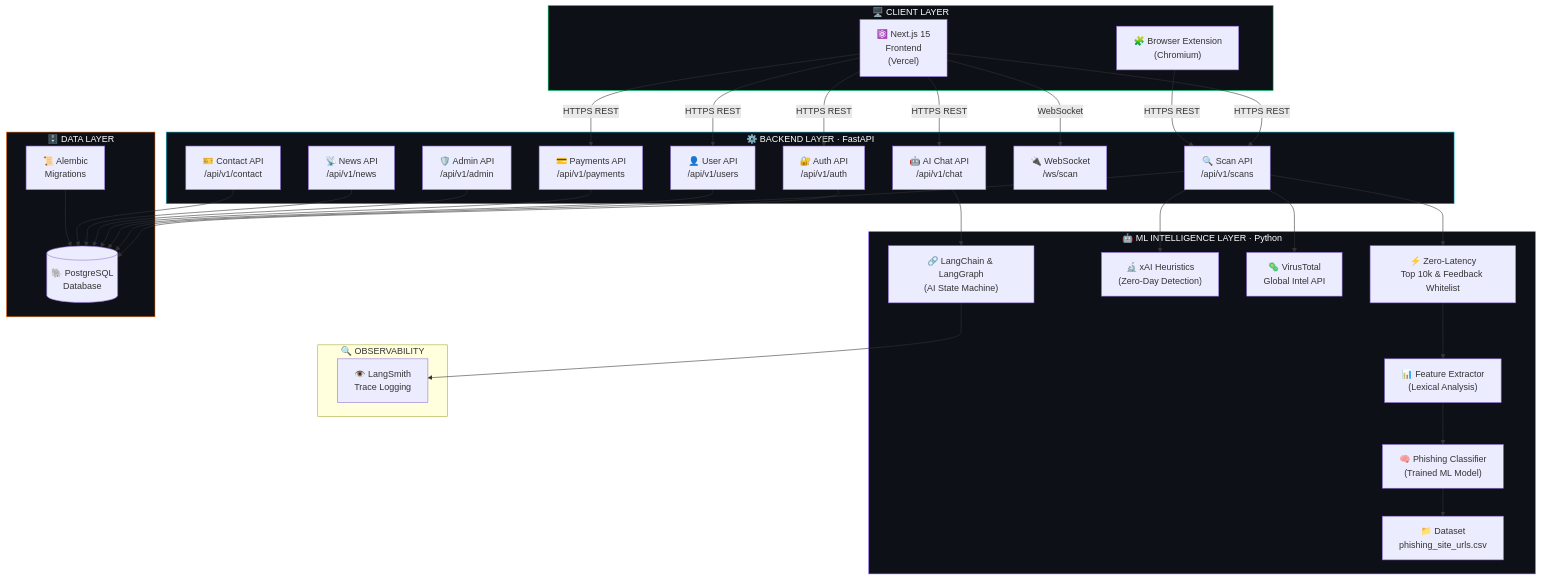
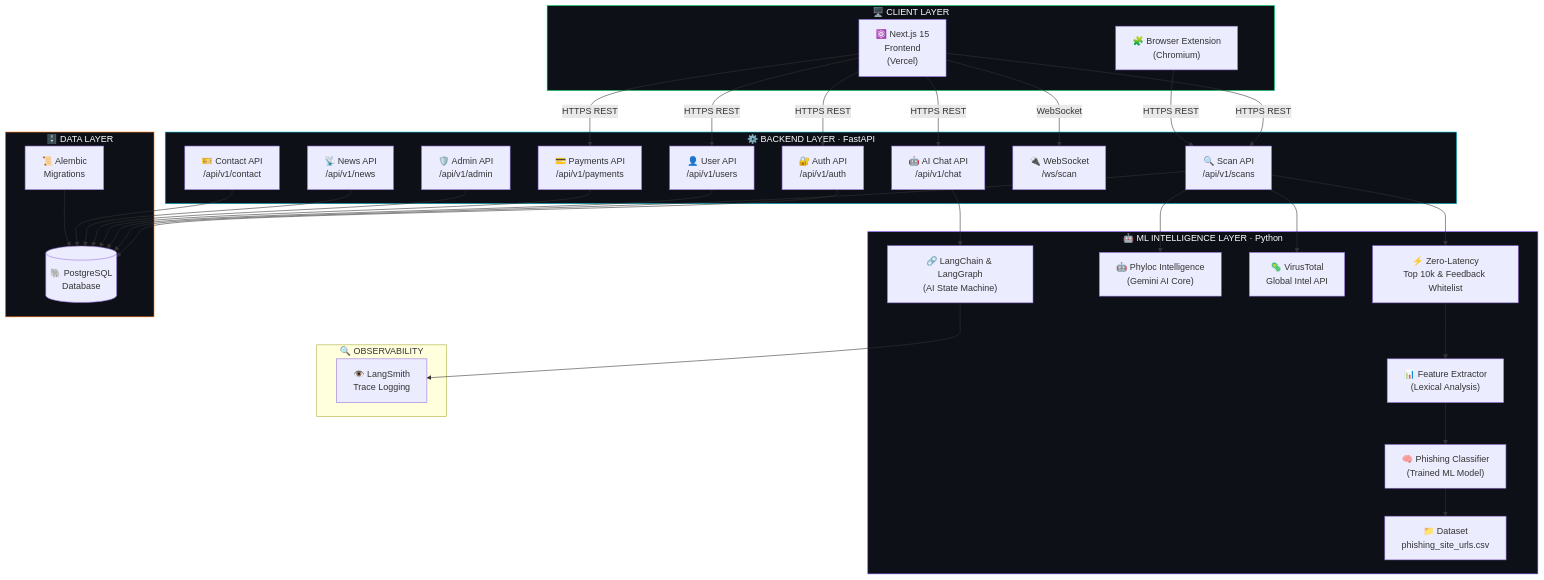
The diagram in README.md (Uditpandya07/PhishX), drawn with Mermaid before and after one commit. The commit also changed other lines of this file, not shown here.

````diff
--- a/README.md
+++ b/README.md
@@ -206,54 +206,54 @@
 ```mermaid
 graph TD
     subgraph CLIENT["🖥️  CLIENT LAYER"]
         A["⚛️ Next.js 15\nFrontend\n(Vercel)"]
         B["🧩 Browser Extension\n(Chromium)"]
     end
 
     subgraph BACKEND["⚙️  BACKEND LAYER  ·  FastAPI"]
         C["🔐 Auth API\n/api/v1/auth"]
         D["🔍 Scan API\n/api/v1/scans"]
         E["👤 User API\n/api/v1/users"]
         F["💳 Payments API\n/api/v1/payments"]
         G["🛡️ Admin API\n/api/v1/admin"]
         N["📡 News API\n/api/v1/news"]
         CT["🎫 Contact API\n/api/v1/contact"]
         WS["🔌 WebSocket\n/ws/scan"]
         CHAT["🤖 AI Chat API\n/api/v1/chat"]
     end
 
     subgraph INTELLIGENCE["🤖  ML INTELLIGENCE LAYER  ·  Python"]
         H["📊 Feature Extractor\n(Lexical Analysis)"]
         I["🧠 Phishing Classifier\n(Trained ML Model)"]
         J["📁 Dataset\nphishing_site_urls.csv"]
         W["⚡ Zero-Latency\nTop 10k & Feedback Whitelist"]
-        XAI["🔬 xAI Heuristics\n(Zero-Day Detection)"]
+        XAI["🤖 Phyloc Intelligence\n(Gemini AI Core)"]
         VT["🦠 VirusTotal\nGlobal Intel API"]
         LC["🔗 LangChain & LangGraph\n(AI State Machine)"]
     end
 
     subgraph OBSERVABILITY["🔍  OBSERVABILITY"]
         LS["👁️ LangSmith\nTrace Logging"]
     end
 
     subgraph DATA["🗄️  DATA LAYER"]
         K[("🐘 PostgreSQL\nDatabase")]
         L["📜 Alembic\nMigrations"]
     end
 
     A -- "HTTPS REST" --> C & D & E & F & CHAT
     A -- "WebSocket" --> WS
     B -- "HTTPS REST" --> D
     D --> W --> H --> I --> J
     D --> XAI
     D --> VT
     CHAT --> LC
     LC --> LS
     C & D & E & F & G & N & CT --> K
     L --> K
 
     style CLIENT fill:#0d1117,stroke:#00E676,color:#ffffff
     style BACKEND fill:#0d1117,stroke:#00BCD4,color:#ffffff
     style INTELLIGENCE fill:#0d1117,stroke:#7C4DFF,color:#ffffff
     style DATA fill:#0d1117,stroke:#FF6D00,color:#ffffff
 ```
````
